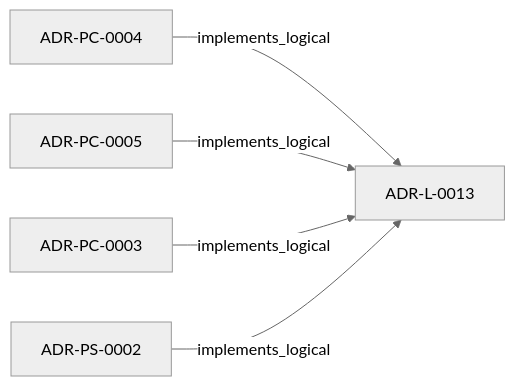
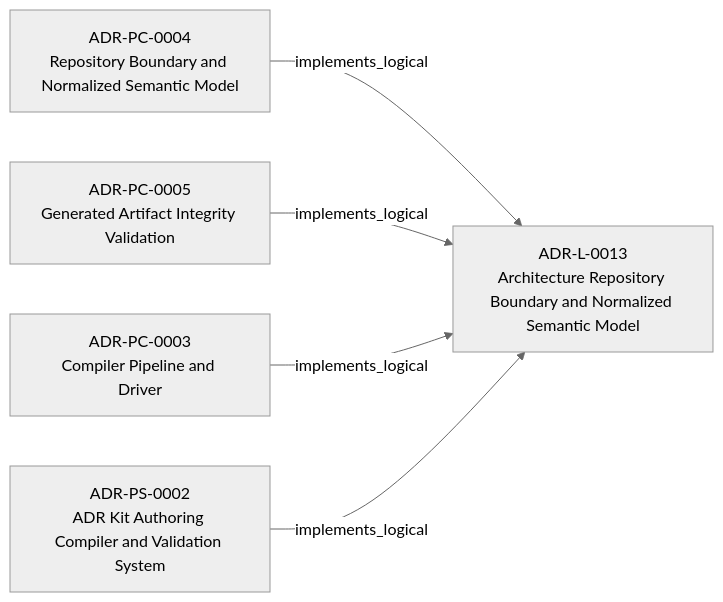
Before and after one commit to egallmann/adr-architecture-kit: the second of 3 diagrams in adrs/adr-projection/logical/ADR-L-0013-architecture-repository-boundary-and-normalized-semantic-model.md, drawn with Mermaid (neutral theme). The commit also changed other lines of this file and 35 other files, not shown here.

````diff
--- a/adrs/adr-projection/logical/ADR-L-0013-architecture-repository-boundary-and-normalized-semantic-model.md
+++ b/adrs/adr-projection/logical/ADR-L-0013-architecture-repository-boundary-and-normalized-semantic-model.md
@@ -42,12 +42,12 @@
 ```mermaid
 flowchart LR
-  n_019fee89_e616_7c4e_953c_b7349412a784["ADR-L-0013"]
-  n_019fee89_e618_73ce_aa2d_101276d64e33["ADR-PC-0004"]
-  n_019fee89_e618_74b2_a83e_e41c7d8c9f37["ADR-PC-0005"]
-  n_019fee89_e618_7b76_843f_cfe21ceb2ea6["ADR-PC-0003"]
-  n_019fee89_e618_7d04_9337_4aa2d3258507["ADR-PS-0002"]
+  n_019fee89_e616_7c4e_953c_b7349412a784["ADR-L-0013<br/>Architecture Repository Boundary and Normalized Semantic Model"]
+  n_019fee89_e618_73ce_aa2d_101276d64e33["ADR-PC-0004<br/>Repository Boundary and Normalized Semantic Model"]
+  n_019fee89_e618_74b2_a83e_e41c7d8c9f37["ADR-PC-0005<br/>Generated Artifact Integrity Validation"]
+  n_019fee89_e618_7b76_843f_cfe21ceb2ea6["ADR-PC-0003<br/>Compiler Pipeline and Driver"]
+  n_019fee89_e618_7d04_9337_4aa2d3258507["ADR-PS-0002<br/>ADR Kit Authoring Compiler and Validation System"]
   n_019fee89_e618_73ce_aa2d_101276d64e33 -->|"implements_logical"| n_019fee89_e616_7c4e_953c_b7349412a784
   n_019fee89_e618_74b2_a83e_e41c7d8c9f37 -->|"implements_logical"| n_019fee89_e616_7c4e_953c_b7349412a784
   n_019fee89_e618_7b76_843f_cfe21ceb2ea6 -->|"implements_logical"| n_019fee89_e616_7c4e_953c_b7349412a784
   n_019fee89_e618_7d04_9337_4aa2d3258507 -->|"implements_logical"| n_019fee89_e616_7c4e_953c_b7349412a784
 ```
````
